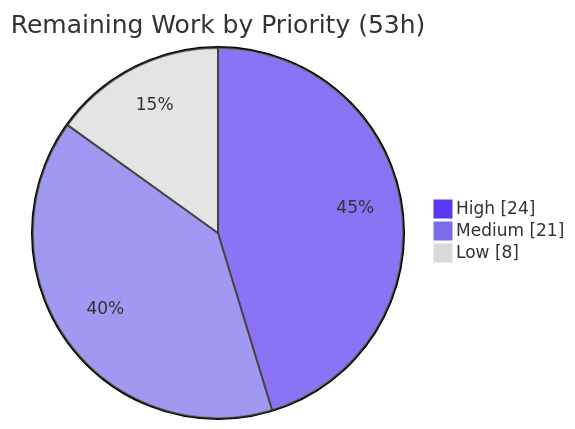
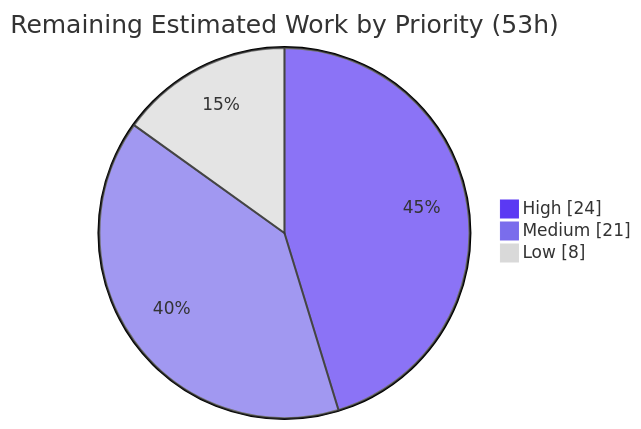
One commit to blitzy-research/zlib changed the third of 3 diagrams in blitzy/documentation/Project Guide.md. Above: the diagram before and after it, drawn with Mermaid. The commit also changed other lines of this file, not shown here.

````diff
--- a/blitzy/documentation/Project Guide.md
+++ b/blitzy/documentation/Project Guide.md
@@ -212,7 +384,7 @@
 ```mermaid
 %%{init: {'theme':'base','themeVariables':{'pie1':'#5B39F3','pie2':'#7A6DEC','pie3':'#D9D9D9','pieSectionTextColor':'#333333','pieStrokeColor':'#333333'}}}%%
-pie showData title Remaining Work by Priority (53h)
+pie showData title Remaining Estimated Work by Priority (53h)
     "High" : 24
     "Medium" : 21
     "Low" : 8
 ```
````
